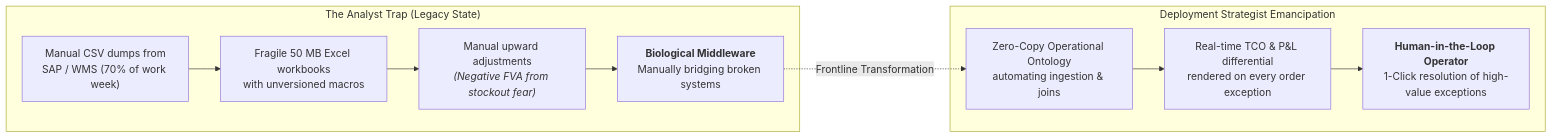
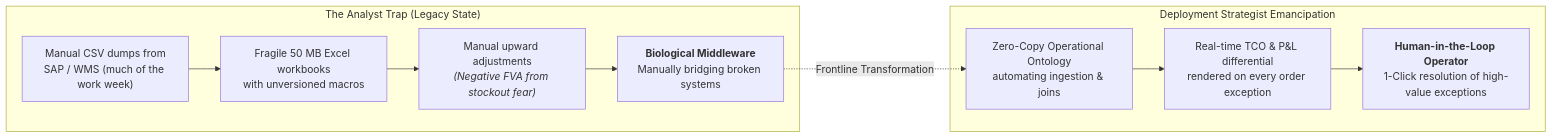
One commit to esstipi-debug/mellon changed the fourth of 11 diagrams in DEPLOYMENT-STRATEGIST-WHITEPAPER-MASTER.md. Above: the diagram before and after it, drawn with Mermaid. The commit also changed other lines of this file and 3 other files, not shown here.

````diff
--- a/DEPLOYMENT-STRATEGIST-WHITEPAPER-MASTER.md
+++ b/DEPLOYMENT-STRATEGIST-WHITEPAPER-MASTER.md
@@ -234,15 +238,15 @@
 ```mermaid
 flowchart LR
     subgraph StatusQuo["The Analyst Trap (Legacy State)"]
-        A1["Manual CSV dumps from<br>SAP / WMS (70% of work week)"] --> A2["Fragile 50 MB Excel workbooks<br>with unversioned macros"]
+        A1["Manual CSV dumps from<br>SAP / WMS (much of the work week)"] --> A2["Fragile 50 MB Excel workbooks<br>with unversioned macros"]
         A2 --> A3["Manual upward adjustments<br><i>(Negative FVA from stockout fear)</i>"]
         A3 --> A4["<b>Biological Middleware</b><br>Manually bridging broken systems"]
     end
 
     subgraph Emancipation["Deployment Strategist Emancipation"]
         B1["Zero-Copy Operational Ontology<br>automating ingestion & joins"] --> B2["Real-time TCO & P&L differential<br>rendered on every order exception"]
         B2 --> B3["<b>Human-in-the-Loop Operator</b><br>1-Click resolution of high-value exceptions"]
     end
 
     A4 -.->|Frontline Transformation| B1
 ```
````
